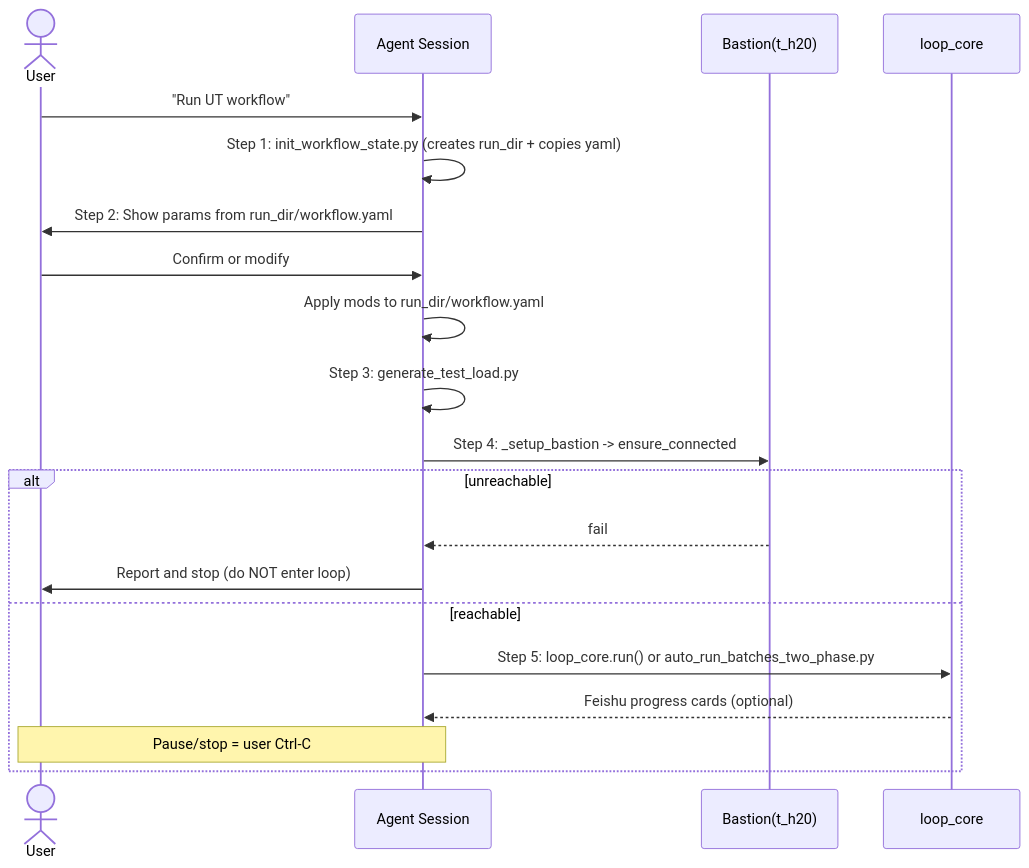
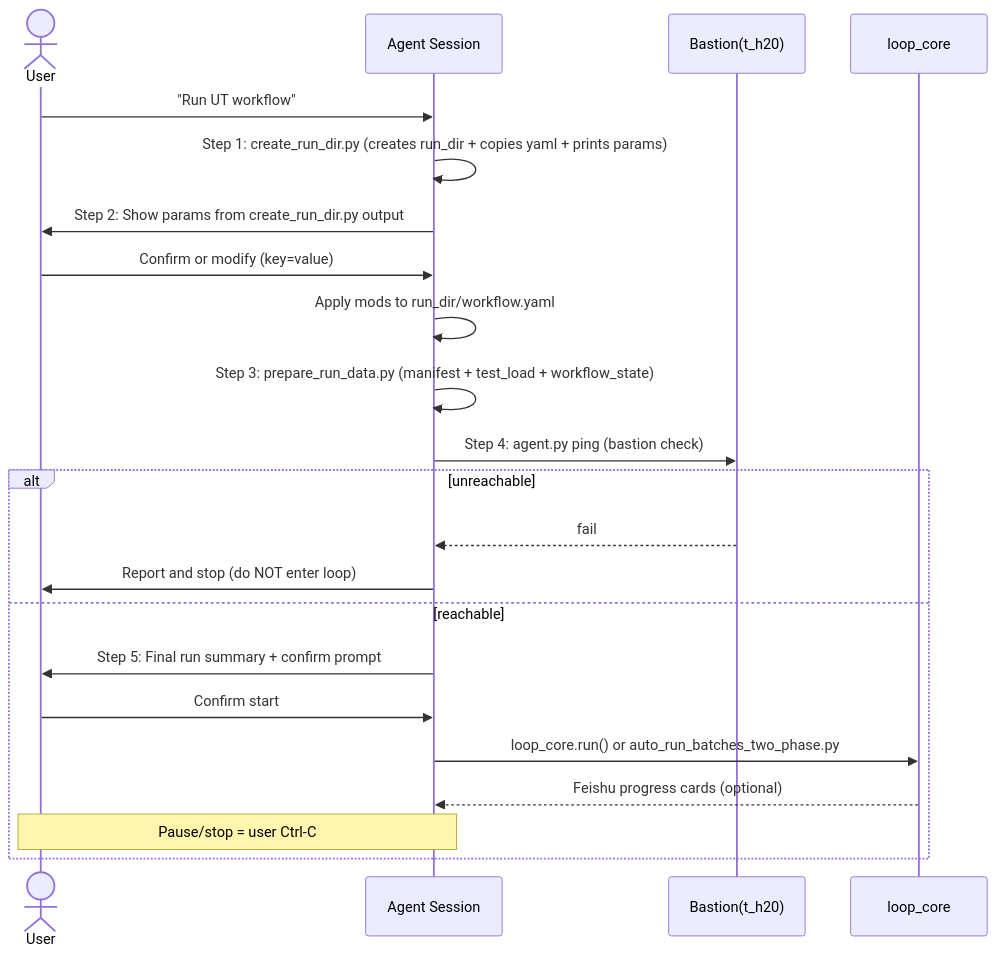
Before and after one commit to peterlau123/apmm: the diagram in skills/ut/terminal-workflow/SKILL.md, drawn with Mermaid. The commit also changed other lines of this file and 4 other files, not shown here.

First line of the commit message:
refactor: script-driven UT workflow startup flow

````diff
--- a/skills/ut/terminal-workflow/SKILL.md
+++ b/skills/ut/terminal-workflow/SKILL.md
@@ -199,22 +274,24 @@
 ```mermaid
 sequenceDiagram
     actor U as User
     participant CC as Agent Session
     participant B as Bastion(t_h20)
     participant L as loop_core
     U->>CC: "Run UT workflow"
-    CC->>CC: Step 1: init_workflow_state.py (creates run_dir + copies yaml)
-    CC->>U: Step 2: Show params from run_dir/workflow.yaml
-    U->>CC: Confirm or modify
+    CC->>CC: Step 1: create_run_dir.py (creates run_dir + copies yaml + prints params)
+    CC->>U: Step 2: Show params from create_run_dir.py output
+    U->>CC: Confirm or modify (key=value)
     CC->>CC: Apply mods to run_dir/workflow.yaml
-    CC->>CC: Step 3: generate_test_load.py
-    CC->>B: Step 4: _setup_bastion -> ensure_connected
+    CC->>CC: Step 3: prepare_run_data.py (manifest + test_load + workflow_state)
+    CC->>B: Step 4: agent.py ping (bastion check)
     alt unreachable
         B-->>CC: fail
         CC->>U: Report and stop (do NOT enter loop)
     else reachable
-        CC->>L: Step 5: loop_core.run() or auto_run_batches_two_phase.py
+        CC->>U: Step 5: Final run summary + confirm prompt
+        U->>CC: Confirm start
+        CC->>L: loop_core.run() or auto_run_batches_two_phase.py
         L-->>CC: Feishu progress cards (optional)
         Note over CC,U: Pause/stop = user Ctrl-C
     end
 ```
````
